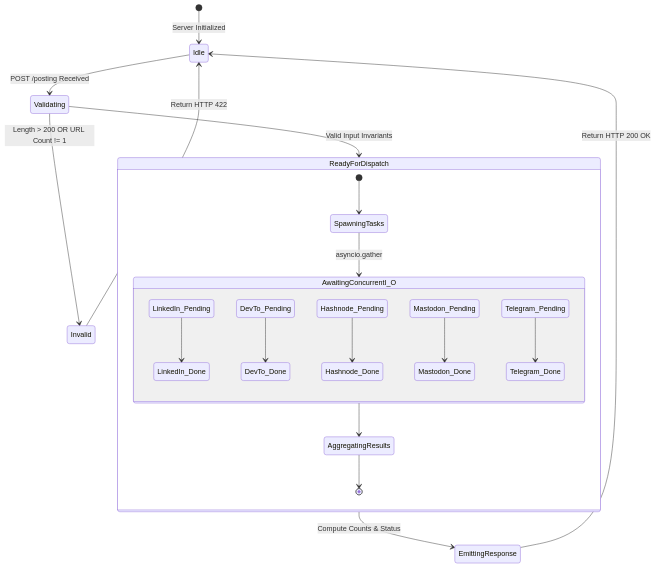
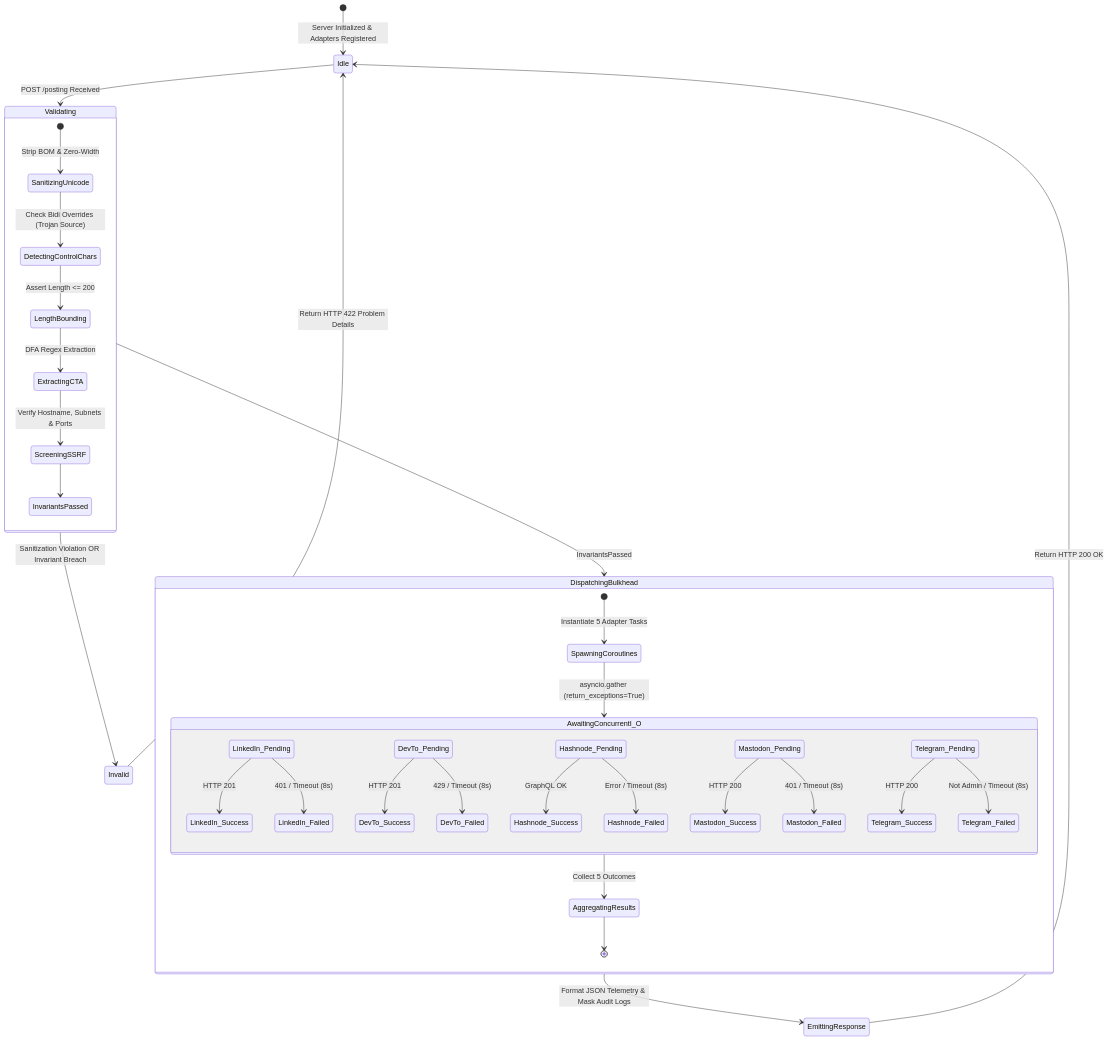
One commit to piyushmakhija28/automated-posting changed the diagram in uml/state_diagram.md. Above: the diagram before and after it, drawn with Mermaid. The commit also changed other lines of this file and 14 other files, not shown here.

First line of the commit message:
docs(uml): synchronize all 13 UML diagrams and traceability matrix with sanitization pipeline and registry architecture

````diff
--- a/uml/state_diagram.md
+++ b/uml/state_diagram.md
@@ -4,30 +3,48 @@
 ```mermaid
 stateDiagram-v2
-    [*] --> Idle: Server Initialized
+    [*] --> Idle: Server Initialized & Adapters Registered
 
     Idle --> Validating: POST /posting Received
     
-    Validating --> Invalid: Length > 200 OR URL Count != 1
-    Invalid --> Idle: Return HTTP 422
+    state Validating {
+        [*] --> SanitizingUnicode: Strip BOM & Zero-Width
+        SanitizingUnicode --> DetectingControlChars: Check Bidi Overrides (Trojan Source)
+        DetectingControlChars --> LengthBounding: Assert Length <= 200
+        LengthBounding --> ExtractingCTA: DFA Regex Extraction
+        ExtractingCTA --> ScreeningSSRF: Verify Hostname, Subnets & Ports
+        ScreeningSSRF --> InvariantsPassed
+    }
+
+    Validating --> Invalid: Sanitization Violation OR Invariant Breach
+    Invalid --> Idle: Return HTTP 422 Problem Details
     
-    Validating --> ReadyForDispatch: Valid Input Invariants
+    Validating --> DispatchingBulkhead: InvariantsPassed
 
-    state ReadyForDispatch {
-        [*] --> SpawningTasks
-        SpawningTasks --> AwaitingConcurrentI_O: asyncio.gather
+    state DispatchingBulkhead {
+        [*] --> SpawningCoroutines: Instantiate 5 Adapter Tasks
+        SpawningCoroutines --> AwaitingConcurrentI_O: asyncio.gather (return_exceptions=True)
         
         state AwaitingConcurrentI_O {
-            LinkedIn_Pending --> LinkedIn_Done
-            DevTo_Pending --> DevTo_Done
-            Hashnode_Pending --> Hashnode_Done
-            Mastodon_Pending --> Mastodon_Done
-            Telegram_Pending --> Telegram_Done
+            LinkedIn_Pending --> LinkedIn_Success: HTTP 201
+            LinkedIn_Pending --> LinkedIn_Failed: 401 / Timeout (8s)
+            
+            DevTo_Pending --> DevTo_Success: HTTP 201
+            DevTo_Pending --> DevTo_Failed: 429 / Timeout (8s)
+            
+            Hashnode_Pending --> Hashnode_Success: GraphQL OK
+            Hashnode_Pending --> Hashnode_Failed: Error / Timeout (8s)
+            
+            Mastodon_Pending --> Mastodon_Success: HTTP 200
+            Mastodon_Pending --> Mastodon_Failed: 401 / Timeout (8s)
+            
+            Telegram_Pending --> Telegram_Success: HTTP 200
+            Telegram_Pending --> Telegram_Failed: Not Admin / Timeout (8s)
         }
         
-        AwaitingConcurrentI_O --> AggregatingResults
+        AwaitingConcurrentI_O --> AggregatingResults: Collect 5 Outcomes
         AggregatingResults --> [*]
     }
 
-    ReadyForDispatch --> EmittingResponse: Compute Counts & Status
+    DispatchingBulkhead --> EmittingResponse: Format JSON Telemetry & Mask Audit Logs
     EmittingResponse --> Idle: Return HTTP 200 OK
 ```
````
